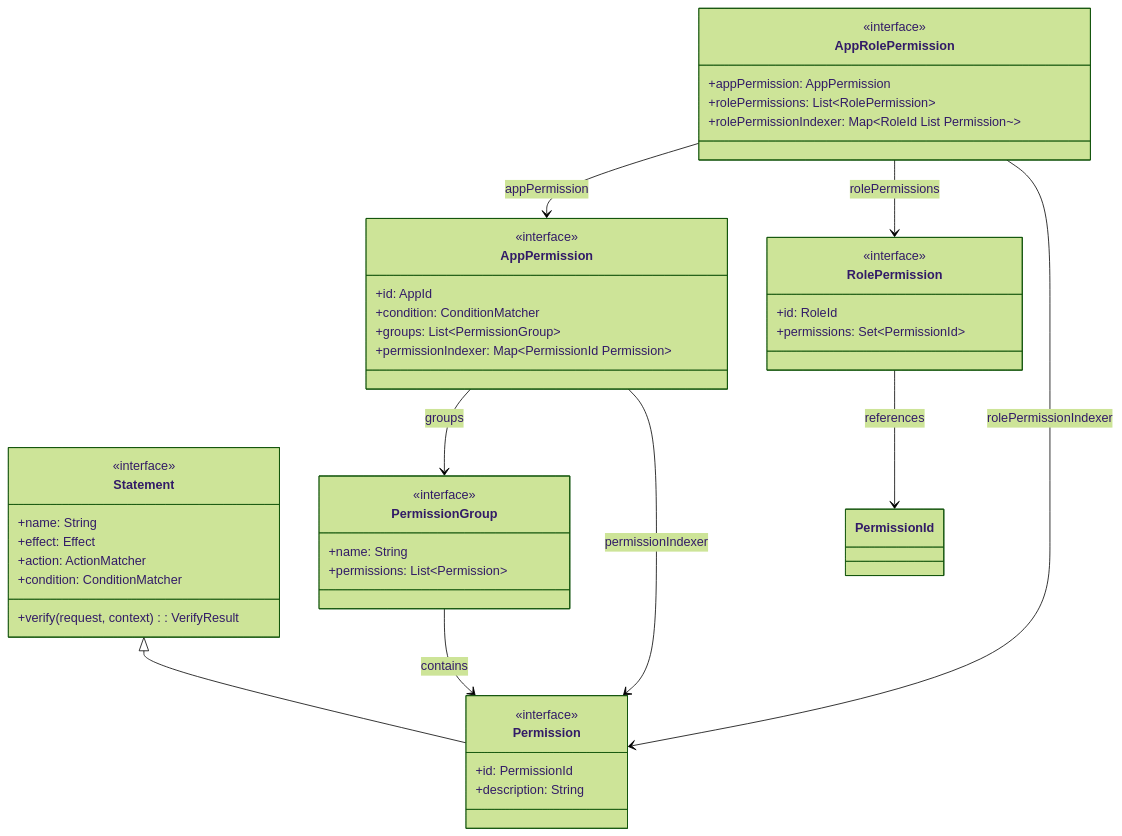
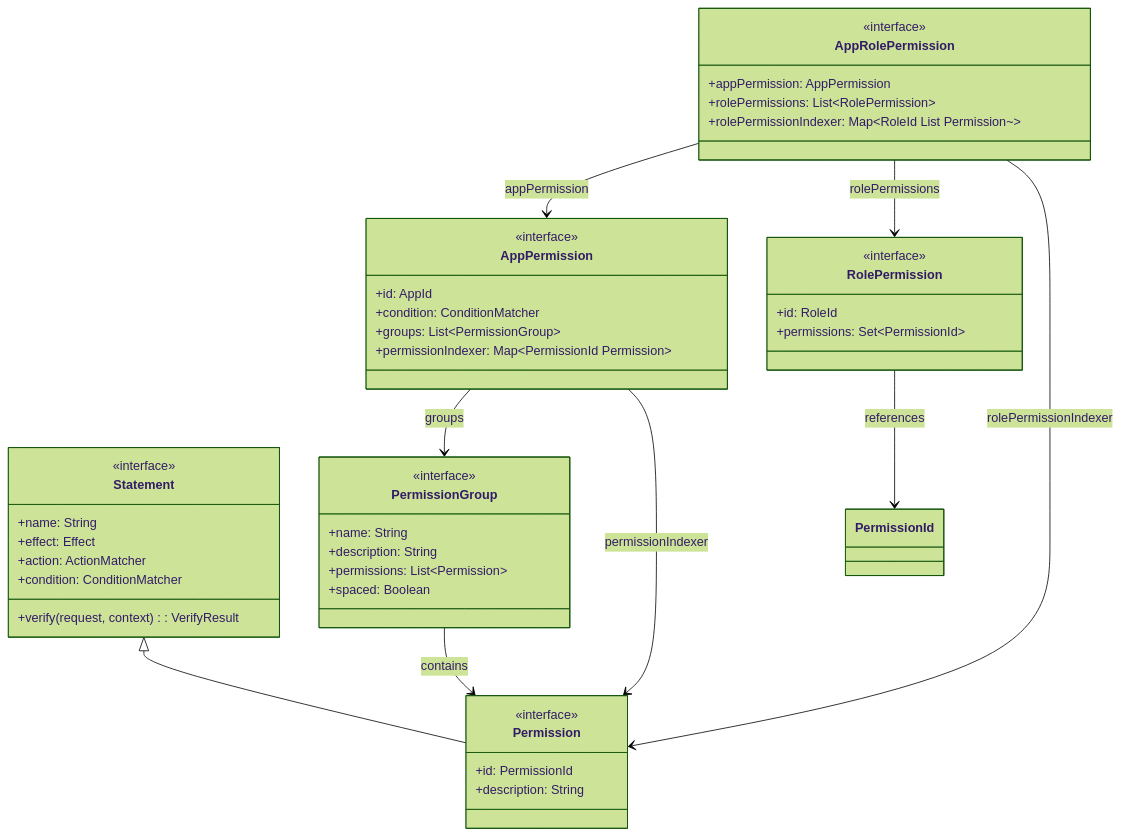
Before and after one commit to Ahoo-Wang/CoSec: the first of 3 diagrams in wiki/deep-dive/authorization/permissions-roles.md, drawn with Mermaid (forest theme). The commit also changed other lines of this file and 59 other files, not shown here.

````diff
--- a/wiki/deep-dive/authorization/permissions-roles.md
+++ b/wiki/deep-dive/authorization/permissions-roles.md
@@ -132,52 +129,54 @@
 ```mermaid
 classDiagram
     direction TB
     class Statement {
         <<interface>>
         +name: String
         +effect: Effect
         +action: ActionMatcher
         +condition: ConditionMatcher
         +verify(request, context): VerifyResult
     }
     class Permission {
         <<interface>>
         +id: PermissionId
         +description: String
     }
     class PermissionGroup {
         <<interface>>
         +name: String
+        +description: String
         +permissions: List~Permission~
+        +spaced: Boolean
     }
     class AppPermission {
         <<interface>>
         +id: AppId
         +condition: ConditionMatcher
         +groups: List~PermissionGroup~
         +permissionIndexer: Map~PermissionId Permission~
     }
     class RolePermission {
         <<interface>>
         +id: RoleId
         +permissions: Set~PermissionId~
     }
     class AppRolePermission {
         <<interface>>
         +appPermission: AppPermission
         +rolePermissions: List~RolePermission~
         +rolePermissionIndexer: Map~RoleId List Permission~~
     }
 
     Statement <|-- Permission
     PermissionGroup --> Permission : contains
     AppPermission --> PermissionGroup : groups
     AppPermission --> Permission : permissionIndexer
     RolePermission --> PermissionId : references
     AppRolePermission --> AppPermission : appPermission
     AppRolePermission --> RolePermission : rolePermissions
     AppRolePermission --> Permission : rolePermissionIndexer
 
 
 
 ```
````
